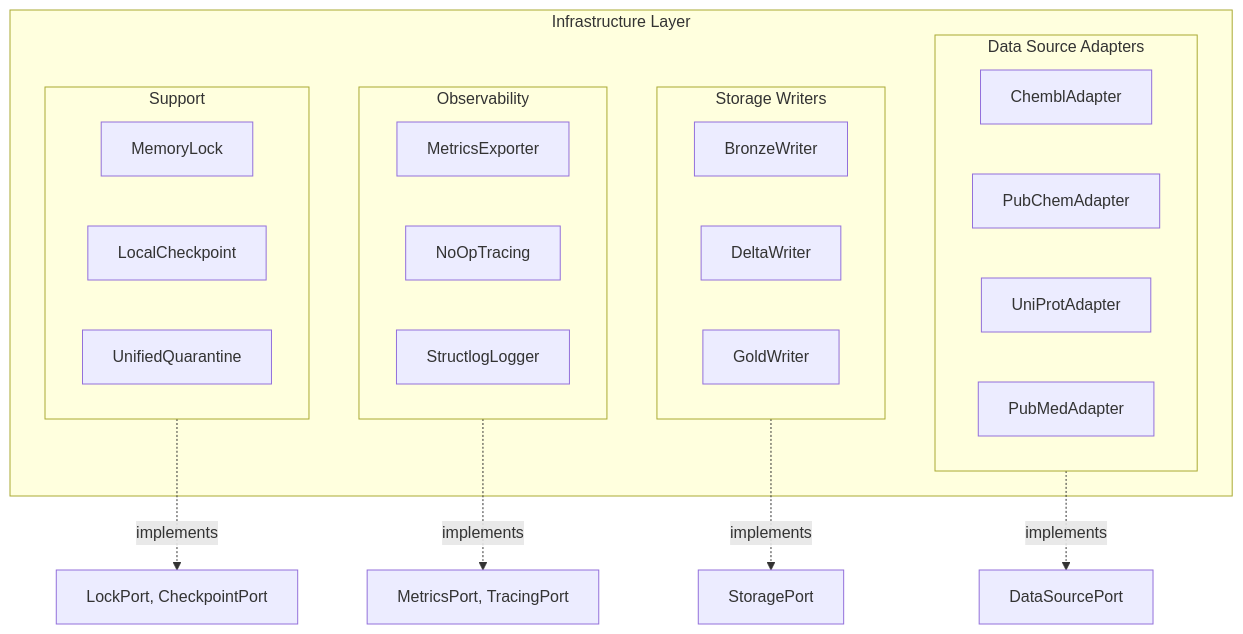
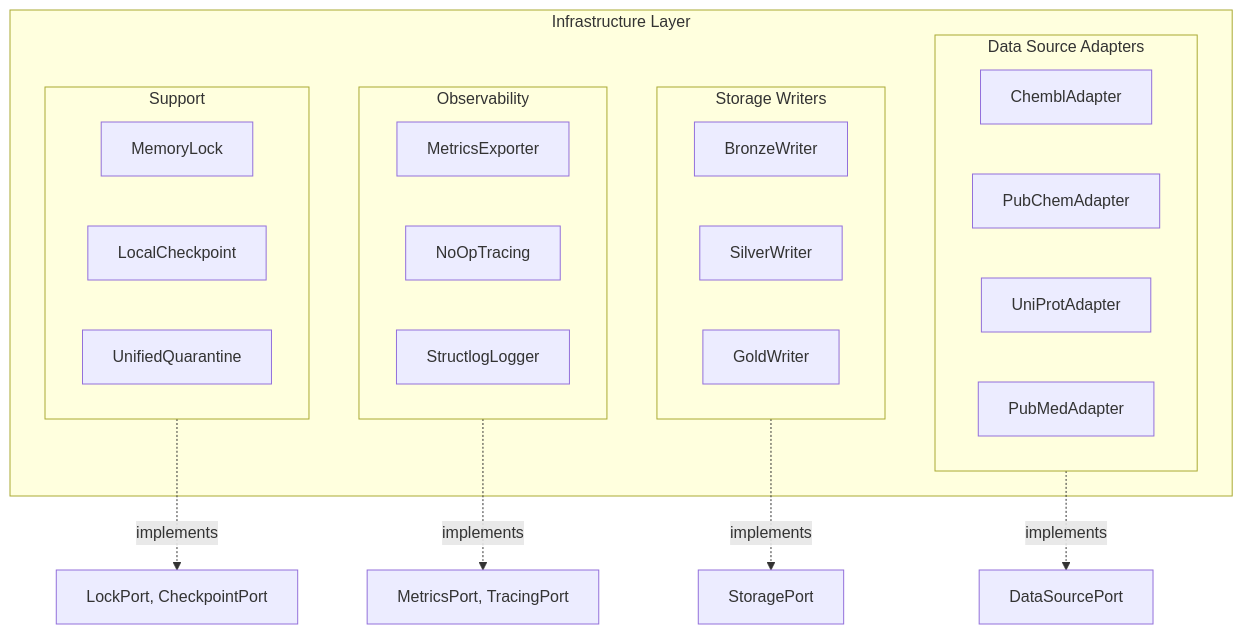
Before and after one commit to SatoryKono/BioactivityDataAcquisition: the first of 2 diagrams in docs/04-reference/api/infrastructure.md, drawn with Mermaid. The commit also changed other lines of this file and 14 other files, not shown here.

First line of the commit message:
refactor(storage): rename DeltaWriter to SilverWriter for Medallion naming consistency

````diff
--- a/docs/04-reference/api/infrastructure.md
+++ b/docs/04-reference/api/infrastructure.md
@@ -7,34 +7,34 @@
 ```mermaid
 flowchart TB
     subgraph Infrastructure["Infrastructure Layer"]
         subgraph Adapters["Data Source Adapters"]
             ChEMBL[ChemblAdapter]
             PubChem[PubChemAdapter]
             UniProt[UniProtAdapter]
             PubMed[PubMedAdapter]
         end
 
         subgraph Storage["Storage Writers"]
             Bronze[BronzeWriter]
-            Silver[DeltaWriter]
+            Silver[SilverWriter]
             Gold[GoldWriter]
         end
 
         subgraph Observability["Observability"]
             Metrics[MetricsExporter]
             Tracing[NoOpTracing]
             Logging[StructlogLogger]
         end
 
         subgraph Support["Support"]
             Locking[MemoryLock]
             Checkpoint[LocalCheckpoint]
             Quarantine[UnifiedQuarantine]
         end
     end
 
     Adapters -.->|implements| DSPort["DataSourcePort"]
     Storage -.->|implements| SPort["StoragePort"]
     Observability -.->|implements| OPort["MetricsPort, TracingPort"]
     Support -.->|implements| LPort["LockPort, CheckpointPort"]
 ```
````
